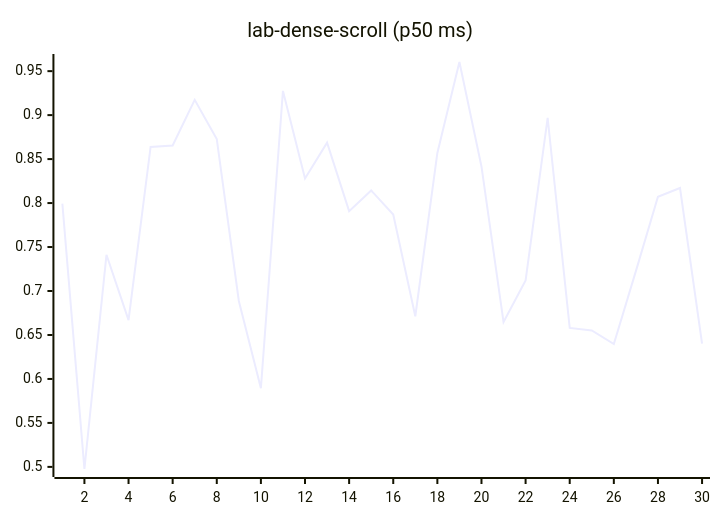
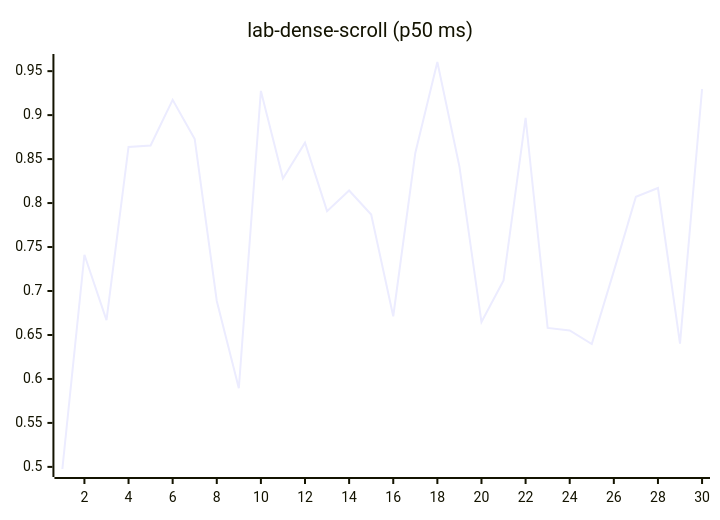
Before and after one commit to josha/Facet: diagram 12 of 27 in README.md, drawn with Mermaid. The commit also changed other lines of this file and 2 other files, not shown here.

````diff
--- a/README.md
+++ b/README.md
@@ -140,6 +140,6 @@
 ```mermaid
 xychart-beta
     title "lab-dense-scroll (p50 ms)"
     x-axis 1 --> 30
-    line [0.7993, 0.4976, 0.7412, 0.6669, 0.8638, 0.8655, 0.9174, 0.8727, 0.6887, 0.5895, 0.9275, 0.8280, 0.8687, 0.7908, 0.8143, 0.7869, 0.6713, 0.8570, 0.9604, 0.8416, 0.6647, 0.7120, 0.8968, 0.6580, 0.6552, 0.6397, 0.7226, 0.8071, 0.8171, 0.6401]
+    line [0.4976, 0.7412, 0.6669, 0.8638, 0.8655, 0.9174, 0.8727, 0.6887, 0.5895, 0.9275, 0.8280, 0.8687, 0.7908, 0.8143, 0.7869, 0.6713, 0.8570, 0.9604, 0.8416, 0.6647, 0.7120, 0.8968, 0.6580, 0.6552, 0.6397, 0.7226, 0.8071, 0.8171, 0.6401, 0.9297]
 ```
````
